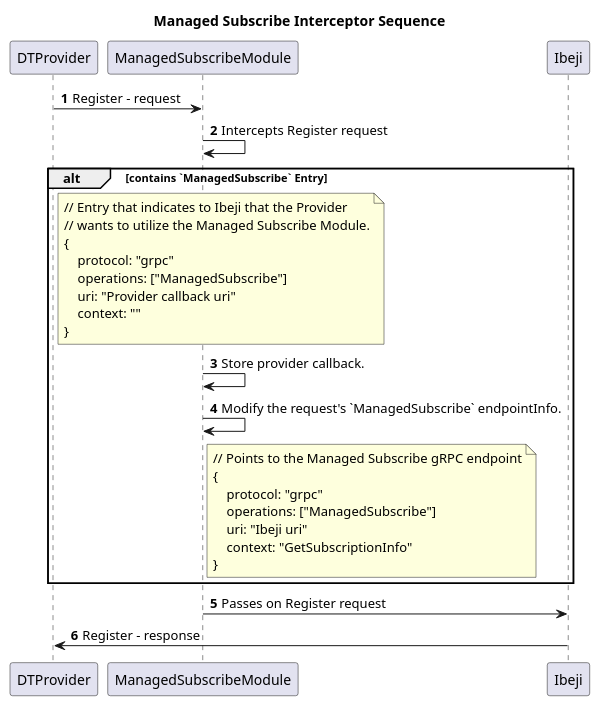
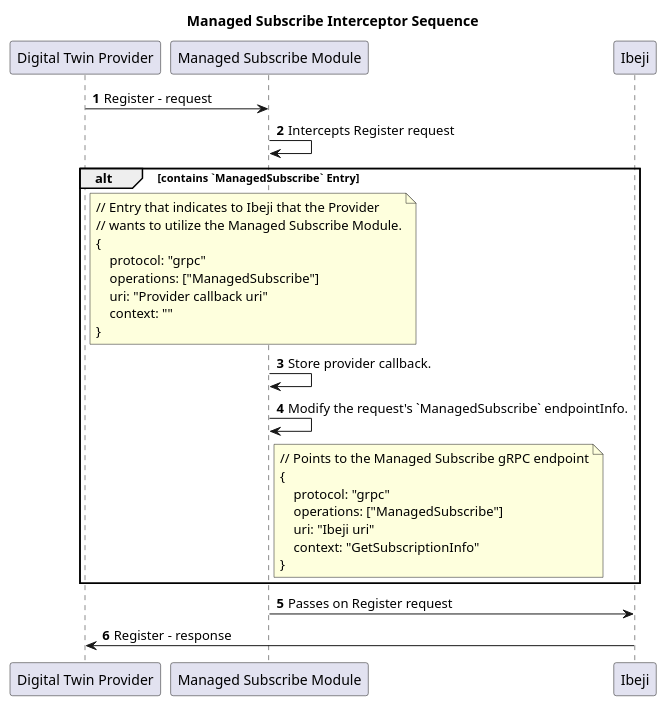
Before and after one commit to eclipse-ibeji/ibeji: the diagram in docs/design/diagrams/managed_subscribe_interceptor_sequence.puml, drawn with PlantUML. The commit also changed 5 other files, not shown here.

Commit message:
Update readme and diagrams based on comments

```diff
--- a/docs/design/diagrams/managed_subscribe_interceptor_sequence.puml
+++ b/docs/design/diagrams/managed_subscribe_interceptor_sequence.puml
@@ -1,38 +1,38 @@
 @startuml Managed Subscribe Interceptor
 title Managed Subscribe Interceptor Sequence
-participant DTProvider
-participant ManagedSubscribeModule
+participant "Digital Twin Provider" as DTProvider
+participant "Managed Subscribe Module" as ManagedSubscribeModule
 participant Ibeji
 
 autonumber
 
 DTProvider -> ManagedSubscribeModule: Register - request
 ManagedSubscribeModule -> ManagedSubscribeModule: Intercepts Register request
 
 alt contains `ManagedSubscribe` Entry
 note right of DTProvider
 // Entry that indicates to Ibeji that the Provider
 // wants to utilize the Managed Subscribe Module.
 {
     protocol: "grpc"
     operations: ["ManagedSubscribe"]
     uri: "Provider callback uri"
     context: ""
 }
 end note
 ManagedSubscribeModule -> ManagedSubscribeModule: Store provider callback.
 ManagedSubscribeModule -> ManagedSubscribeModule: Modify the request's `ManagedSubscribe` endpointInfo.
 note right of ManagedSubscribeModule
 // Points to the Managed Subscribe gRPC endpoint
 {
     protocol: "grpc"
     operations: ["ManagedSubscribe"]
     uri: "Ibeji uri"
     context: "GetSubscriptionInfo"
 }
 end note
 end
 
 Ibeji <- ManagedSubscribeModule: Passes on Register request
 Ibeji -> DTProvider: Register - response
 @enduml
```
